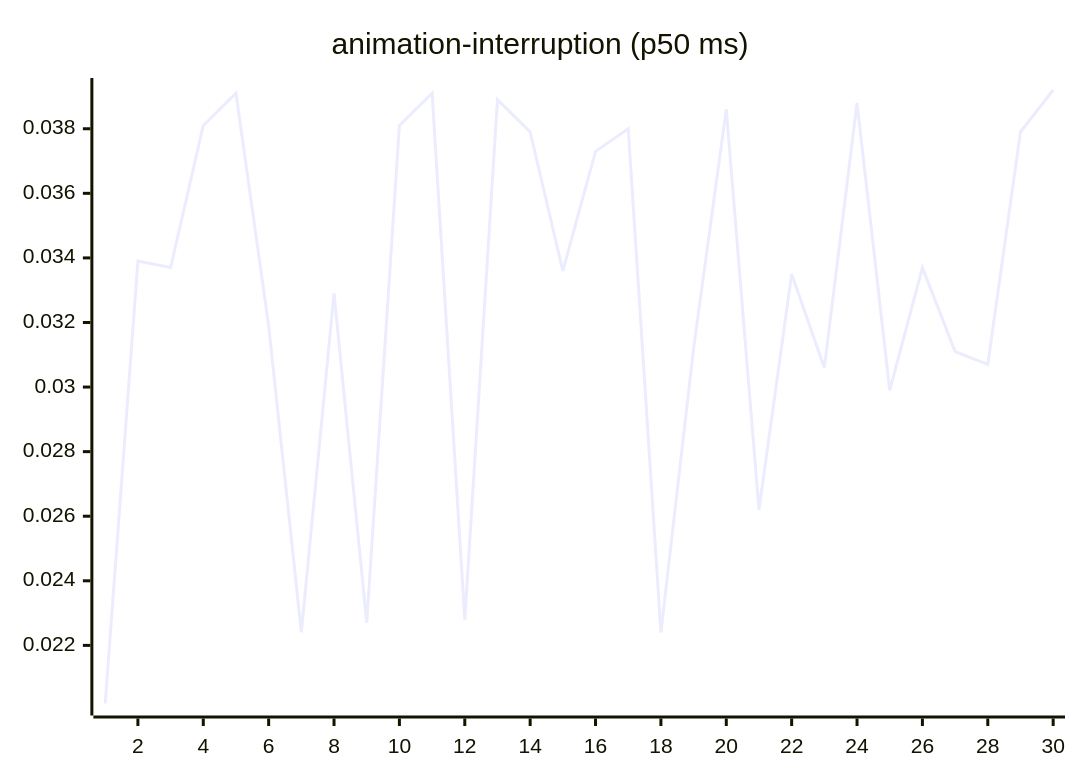
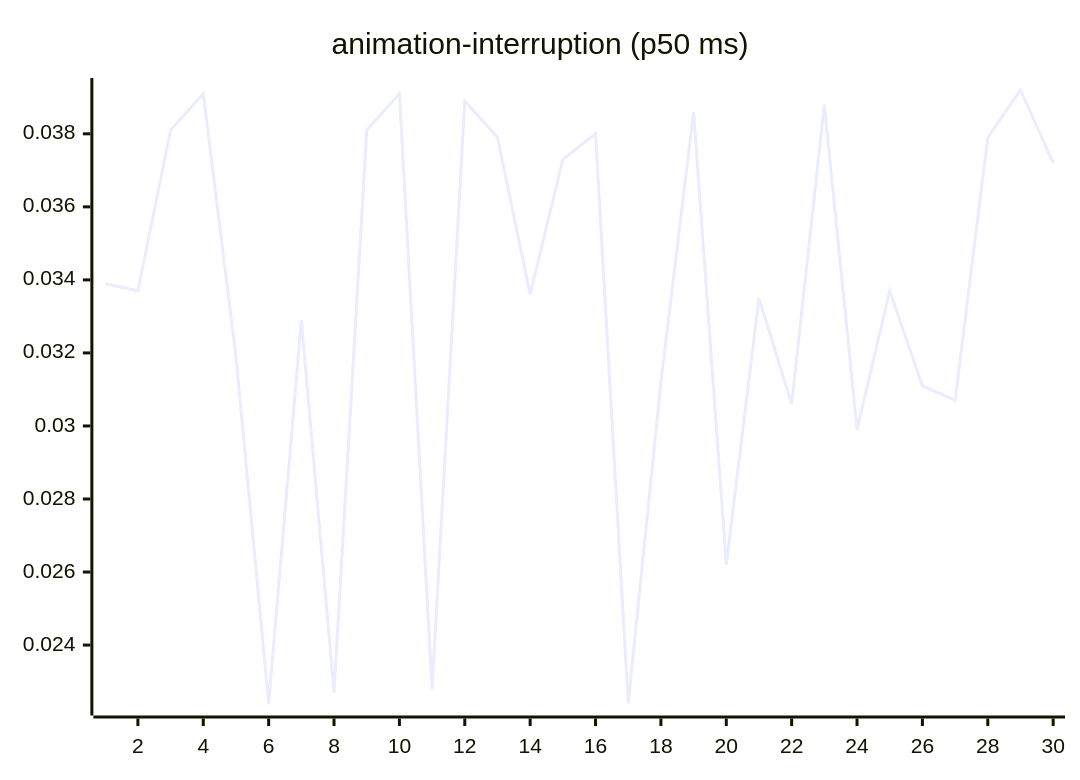
Before and after one commit to josha/Facet: the third of 27 diagrams in README.md, drawn with Mermaid. The commit also changed other lines of this file and 2 other files, not shown here.

````diff
--- a/README.md
+++ b/README.md
@@ -77,6 +77,6 @@
 ```mermaid
 xychart-beta
     title "animation-interruption (p50 ms)"
     x-axis 1 --> 30
-    line [0.0202, 0.0339, 0.0337, 0.0381, 0.0391, 0.0319, 0.0224, 0.0329, 0.0227, 0.0381, 0.0391, 0.0228, 0.0389, 0.0379, 0.0336, 0.0373, 0.0380, 0.0224, 0.0312, 0.0386, 0.0262, 0.0335, 0.0306, 0.0388, 0.0299, 0.0337, 0.0311, 0.0307, 0.0379, 0.0392]
+    line [0.0339, 0.0337, 0.0381, 0.0391, 0.0319, 0.0224, 0.0329, 0.0227, 0.0381, 0.0391, 0.0228, 0.0389, 0.0379, 0.0336, 0.0373, 0.0380, 0.0224, 0.0312, 0.0386, 0.0262, 0.0335, 0.0306, 0.0388, 0.0299, 0.0337, 0.0311, 0.0307, 0.0379, 0.0392, 0.0372]
 ```
````
